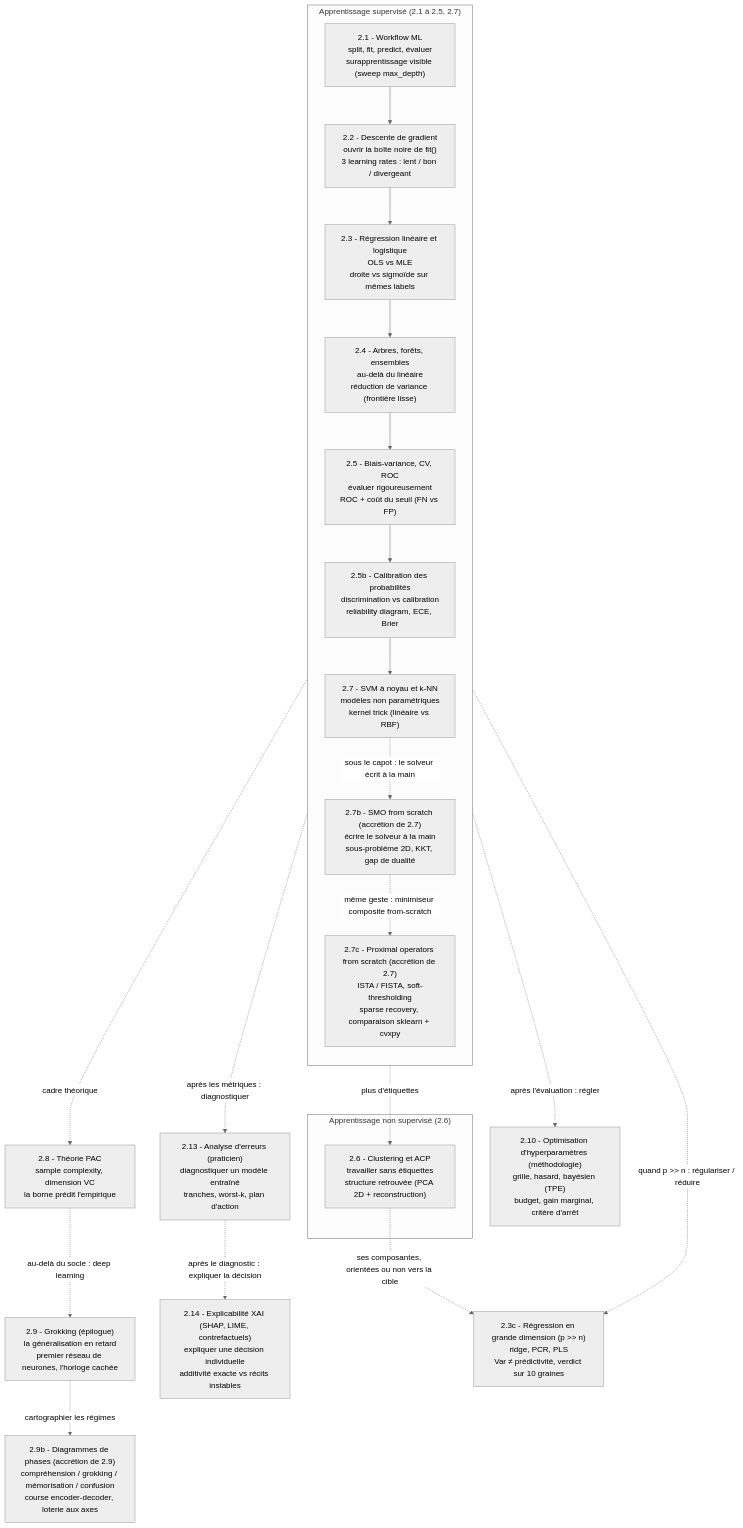
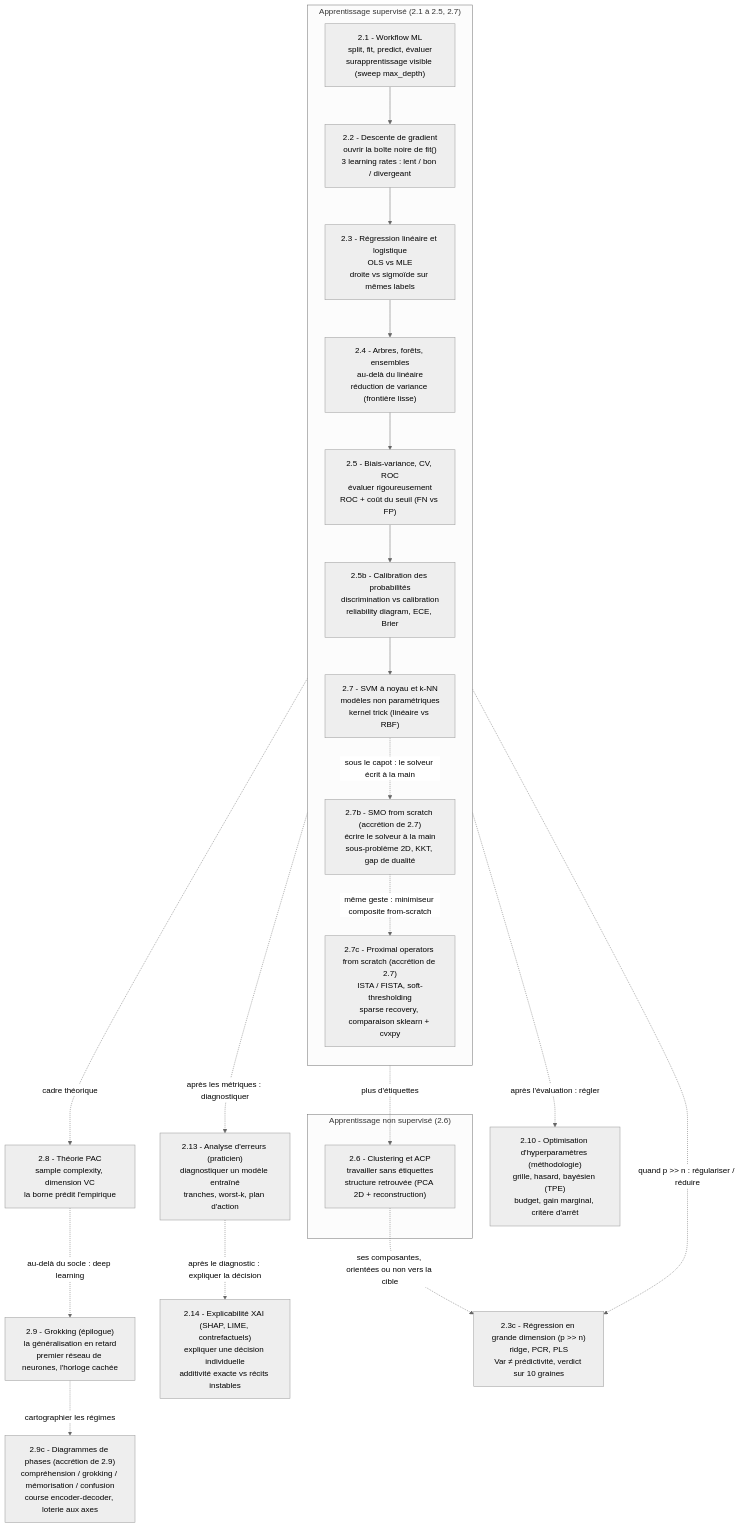
Before and after one commit to jsboige/CoursIA: the diagram in MyIA.AI.Notebooks/ML/DataScienceWithAgents/02-ML-Cours/README.md, drawn with Mermaid (neutral theme). The commit also changed other lines of this file and 1 other file, not shown here.

````diff
--- a/MyIA.AI.Notebooks/ML/DataScienceWithAgents/02-ML-Cours/README.md
+++ b/MyIA.AI.Notebooks/ML/DataScienceWithAgents/02-ML-Cours/README.md
@@ -103,37 +103,37 @@
 ```mermaid
 flowchart TD
     subgraph SUP["Apprentissage supervisé (2.1 à 2.5, 2.7)"]
       direction TB
       A["2.1 - Workflow ML<br/>split, fit, predict, évaluer<br/>surapprentissage visible (sweep max_depth)"]
       B["2.2 - Descente de gradient<br/>ouvrir la boîte noire de fit()<br/>3 learning rates : lent / bon / divergeant"]
       C["2.3 - Régression linéaire et logistique<br/>OLS vs MLE<br/>droite vs sigmoïde sur mêmes labels"]
       D["2.4 - Arbres, forêts, ensembles<br/>au-delà du linéaire<br/>réduction de variance (frontière lisse)"]
       E["2.5 - Biais-variance, CV, ROC<br/>évaluer rigoureusement<br/>ROC + coût du seuil (FN vs FP)"]
       E2["2.5b - Calibration des probabilités<br/>discrimination vs calibration<br/>reliability diagram, ECE, Brier"]
       G["2.7 - SVM à noyau et k-NN<br/>modèles non paramétriques<br/>kernel trick (linéaire vs RBF)"]
       M["2.7b - SMO from scratch (accrétion de 2.7)<br/>écrire le solveur à la main<br/>sous-problème 2D, KKT, gap de dualité"]
       N["2.7c - Proximal operators from scratch (accrétion de 2.7)<br/>ISTA / FISTA, soft-thresholding<br/>sparse recovery, comparaison sklearn + cvxpy"]
       A --> B --> C --> D --> E --> E2 --> G
       G -. "sous le capot : le solveur écrit à la main" .-> M
       M -. "même geste : minimiseur composite from-scratch" .-> N
     end
     subgraph UNSUP["Apprentissage non supervisé (2.6)"]
       F["2.6 - Clustering et ACP<br/>travailler sans étiquettes<br/>structure retrouvée (PCA 2D + reconstruction)"]
     end
     H["2.8 - Théorie PAC<br/>sample complexity, dimension VC<br/>la borne prédit l'empirique"]
     I["2.9 - Grokking (épilogue)<br/>la généralisation en retard<br/>premier réseau de neurones, l'horloge cachée"]
-    I2["2.9b - Diagrammes de phases (accrétion de 2.9)<br/>compréhension / grokking / mémorisation / confusion<br/>course encoder-decoder, loterie aux axes"]
+    I2["2.9c - Diagrammes de phases (accrétion de 2.9)<br/>compréhension / grokking / mémorisation / confusion<br/>course encoder-decoder, loterie aux axes"]
     E -. "plus d'étiquettes" .-> F
     E -. "cadre théorique" .-> H
     H -. "au-delà du socle : deep learning" .-> I
     I -. "cartographier les régimes" .-> I2
     J["2.13 - Analyse d'erreurs (praticien)<br/>diagnostiquer un modèle entraîné<br/>tranches, worst-k, plan d'action"]
     E -. "après les métriques : diagnostiquer" .-> J
     O["2.14 - Explicabilité XAI (SHAP, LIME, contrefactuels)<br/>expliquer une décision individuelle<br/>additivité exacte vs récits instables"]
     J -. "après le diagnostic : expliquer la décision" .-> O
     K["2.10 - Optimisation d'hyperparamètres (méthodologie)<br/>grille, hasard, bayésien (TPE)<br/>budget, gain marginal, critère d'arrêt"]
     E -. "après l'évaluation : régler" .-> K
     L["2.3c - Régression en grande dimension (p >> n)<br/>ridge, PCR, PLS<br/>Var ≠ prédictivité, verdict sur 10 graines"]
     C -. "quand p >> n : régulariser / réduire" .-> L
     F -. "ses composantes, orientées ou non vers la cible" .-> L
 ```
````
